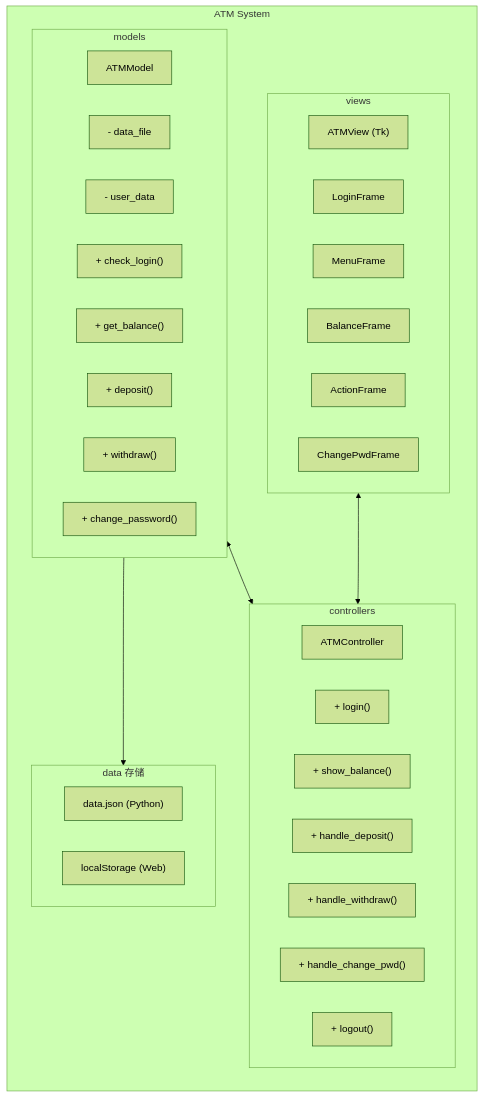
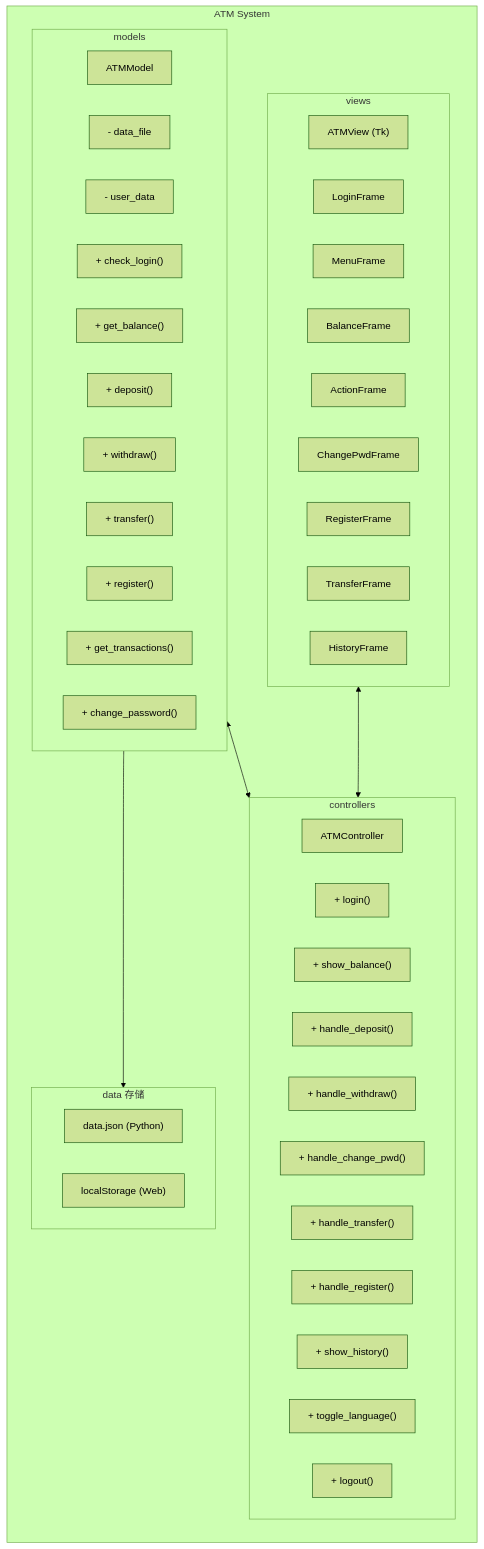
Before and after one commit to Unconnectable/atm: the fourth of 7 diagrams in 项目文档.md, drawn with Mermaid (forest theme). The commit also changed other lines of this file and 10 other files, not shown here.

````diff
--- a/项目文档.md
+++ b/项目文档.md
@@ -316,40 +373,50 @@
 ```mermaid
 flowchart TB
     subgraph atm["ATM System"]
         direction TB
         subgraph Models["models"]
             M1["ATMModel"]
             M2["- data_file"]
             M3["- user_data"]
             M4["+ check_login()"]
             M5["+ get_balance()"]
             M6["+ deposit()"]
             M7["+ withdraw()"]
-            M8["+ change_password()"]
+            M8["+ transfer()"]
+            M9["+ register()"]
+            M10["+ get_transactions()"]
+            M11["+ change_password()"]
         end
         subgraph Views["views"]
             V1["ATMView (Tk)"]
             V2["LoginFrame"]
             V3["MenuFrame"]
             V4["BalanceFrame"]
             V5["ActionFrame"]
             V6["ChangePwdFrame"]
+            V7["RegisterFrame"]
+            V8["TransferFrame"]
+            V9["HistoryFrame"]
         end
         subgraph Controllers["controllers"]
             C1["ATMController"]
             C2["+ login()"]
             C3["+ show_balance()"]
             C4["+ handle_deposit()"]
             C5["+ handle_withdraw()"]
             C6["+ handle_change_pwd()"]
-            C7["+ logout()"]
+            C7["+ handle_transfer()"]
+            C8["+ handle_register()"]
+            C9["+ show_history()"]
+            C10["+ toggle_language()"]
+            C11["+ logout()"]
         end
         subgraph Data["data 存储"]
             D1["data.json (Python)"]
             D2["localStorage (Web)"]
         end
     end
     Models <--> Controllers
     Views <--> Controllers
     Models --> Data
 ```
````
